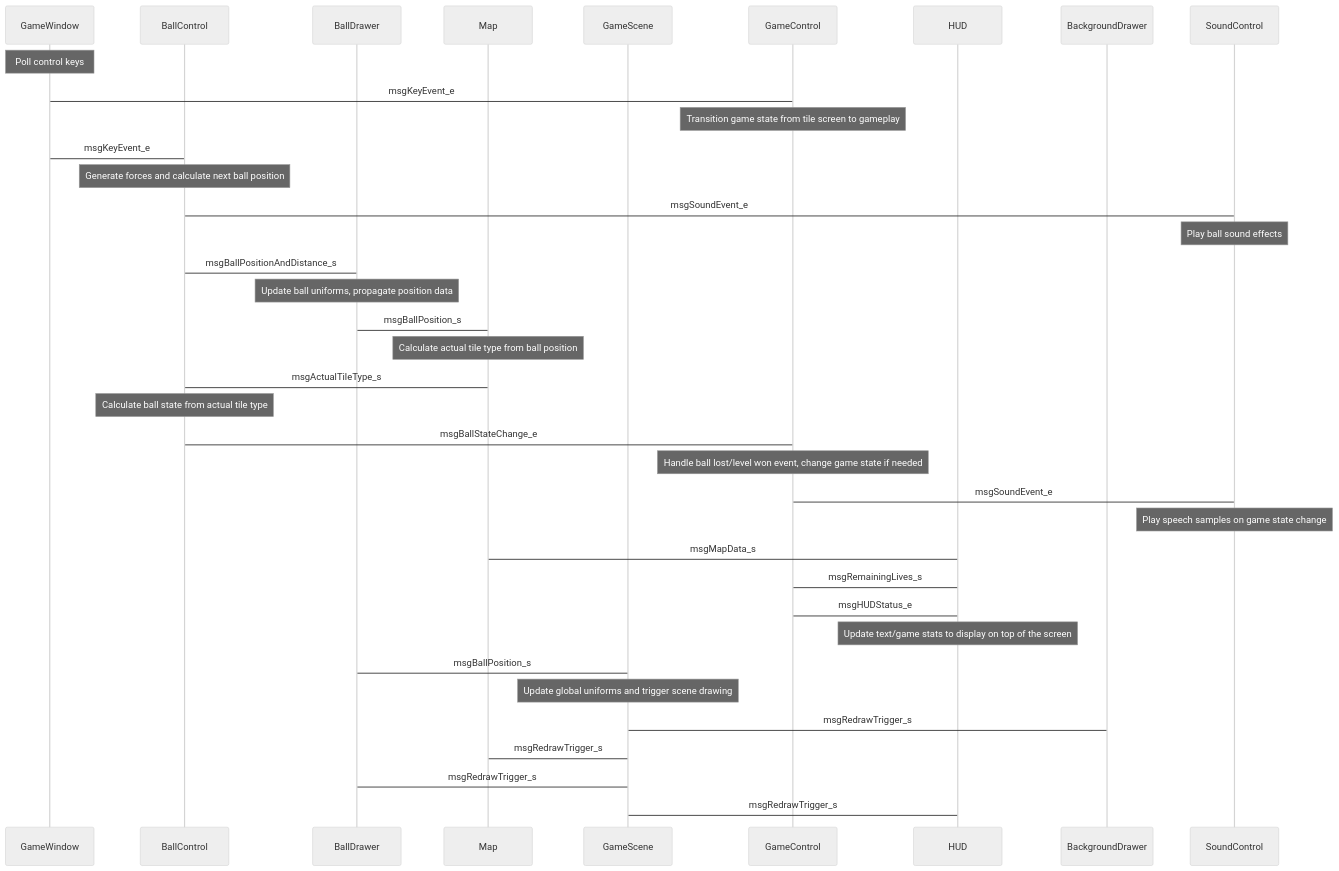
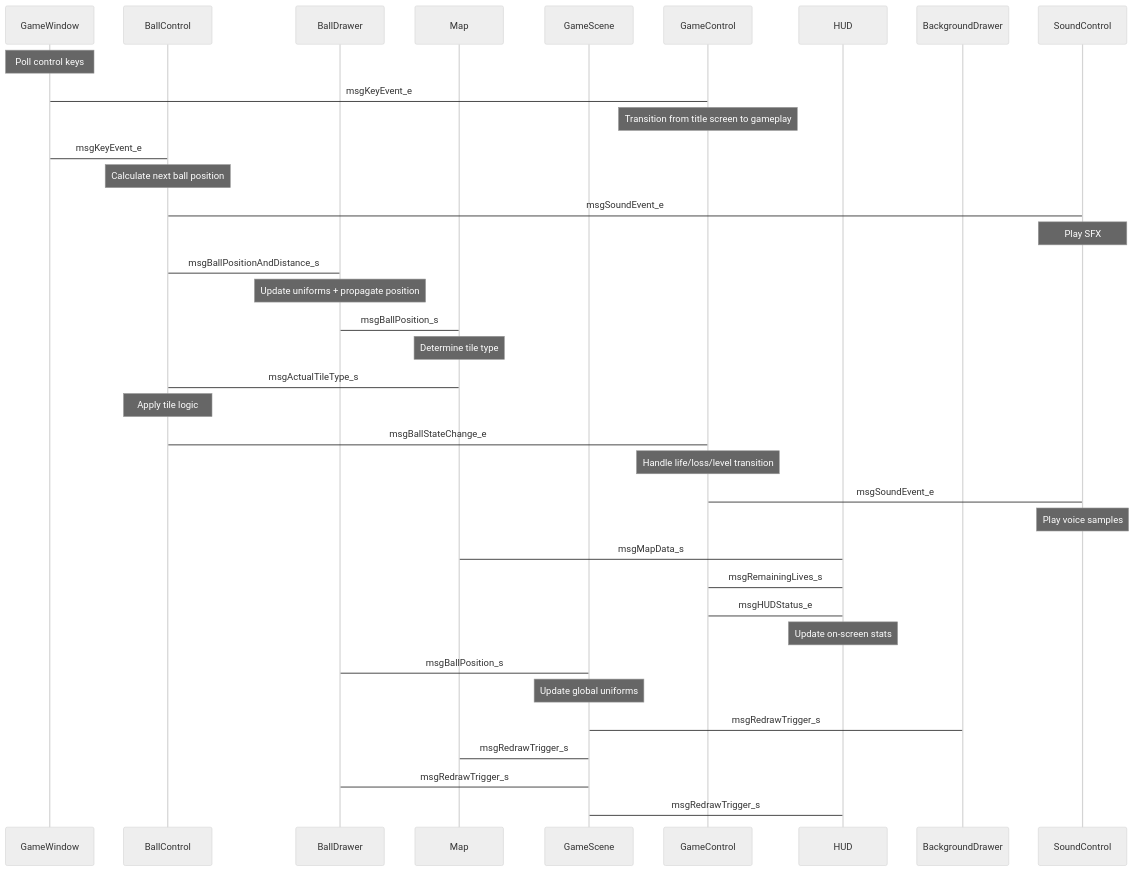
One commit to jeevan1978/TrailBlazer_Modern_OPENGL_Remake changed the diagram in README.md. Above: the diagram before and after it, drawn with Mermaid (neutral theme). The commit also changed other lines of this file, not shown here.

````diff
--- a/README.md
+++ b/README.md
@@ -65,41 +170,49 @@
 ```mermaid
 sequenceDiagram
+    participant GameWindow
+    participant BallControl
+    participant BallDrawer
+    participant Map
+    participant GameScene
+    participant GameControl
+    participant HUD
+    participant BackgroundDrawer
+    participant SoundControl
 
-participant GameWindow
-participant BallControl
-participant BallDrawer
-participant Map
-participant GameScene
-participant GameControl
-participant HUD
-participant BackgroundDrawer
-participant SoundControl
+    note over GameWindow: Poll control keys
+    GameWindow->GameControl: msgKeyEvent_e
+    note over GameControl: Transition from title screen to gameplay
+    GameWindow->BallControl: msgKeyEvent_e
+    note over BallControl: Calculate next ball position
 
-note over GameWindow:Poll control keys
-GameWindow->GameControl:msgKeyEvent_e
-note over GameControl:Transition game state from tile screen to gameplay
-GameWindow->BallControl:msgKeyEvent_e
-note over BallControl:Generate forces and calculate next ball position 
-BallControl->SoundControl:msgSoundEvent_e
-note over SoundControl:Play ball sound effects 
-BallControl->BallDrawer:msgBallPositionAndDistance_s
-note over BallDrawer:Update ball uniforms, propagate position data
-BallDrawer->Map:msgBallPosition_s
-note over Map:Calculate actual tile type from ball position
-Map->BallControl:msgActualTileType_s
-note over BallControl:Calculate ball state from actual tile type
-BallControl->GameControl:msgBallStateChange_e
-note over GameControl:Handle ball lost/level won event, change game state if needed
-GameControl->SoundControl:msgSoundEvent_e
-note over SoundControl:Play speech samples on game state change
-Map->HUD:msgMapData_s
-GameControl->HUD:msgRemainingLives_s
-GameControl->HUD:msgHUDStatus_e
-note over HUD:Update text/game stats to display on top of the screen
-BallDrawer->GameScene:msgBallPosition_s
-note over GameScene:Update global uniforms and trigger scene drawing
-GameScene->BackgroundDrawer:msgRedrawTrigger_s
-GameScene->Map:msgRedrawTrigger_s
-GameScene->BallDrawer:msgRedrawTrigger_s
-GameScene->HUD:msgRedrawTrigger_s
+    BallControl->SoundControl: msgSoundEvent_e
+    note over SoundControl: Play SFX
+
+    BallControl->BallDrawer: msgBallPositionAndDistance_s
+    note over BallDrawer: Update uniforms + propagate position
+    BallDrawer->Map: msgBallPosition_s
+
+    note over Map: Determine tile type
+    Map->BallControl: msgActualTileType_s
+
+    note over BallControl: Apply tile logic
+    BallControl->GameControl: msgBallStateChange_e
+    note over GameControl: Handle life/loss/level transition
+
+    GameControl->SoundControl: msgSoundEvent_e
+    note over SoundControl: Play voice samples
+
+    Map->HUD: msgMapData_s
+    GameControl->HUD: msgRemainingLives_s
+    GameControl->HUD: msgHUDStatus_e
+
+    note over HUD: Update on-screen stats
+
+    BallDrawer->GameScene: msgBallPosition_s
+    note over GameScene: Update global uniforms
+
+    GameScene->BackgroundDrawer: msgRedrawTrigger_s
+    GameScene->Map: msgRedrawTrigger_s
+    GameScene->BallDrawer: msgRedrawTrigger_s
+    GameScene->HUD: msgRedrawTrigger_s
 ```
````
